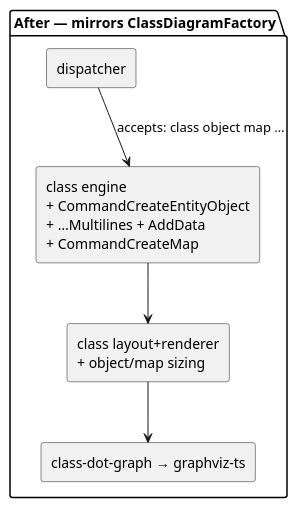
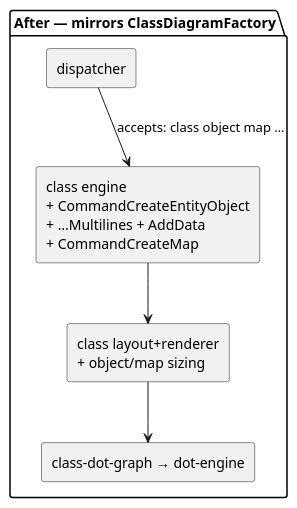
The second of 2 diagrams in plans/object-dot-sync/diagrams/component-map.md (knowvah/plantuml-ts), drawn with PlantUML before and after one commit. The commit also changed 111 other files, not shown here.

First line of the commit message:
docs: call the layout engine dot-engine throughout

````diff
--- a/plans/object-dot-sync/diagrams/component-map.md
+++ b/plans/object-dot-sync/diagrams/component-map.md
@@ -22,17 +22,17 @@
 ```plantuml
 @startuml
 skinparam componentStyle rectangle
 skinparam shadowing false
 
 package "After — mirrors ClassDiagramFactory" {
   [dispatcher] as dispB
   [class engine\n+ CommandCreateEntityObject\n+ …Multilines + AddData\n+ CommandCreateMap] as clsB
   [class layout+renderer\n+ object/map sizing] as layB
-  [class-dot-graph → graphviz-ts] as dotB
+  [class-dot-graph → dot-engine] as dotB
 }
 
 dispB --> clsB : accepts: class object map …
 clsB --> layB
 layB --> dotB
 @enduml
 ```
````
